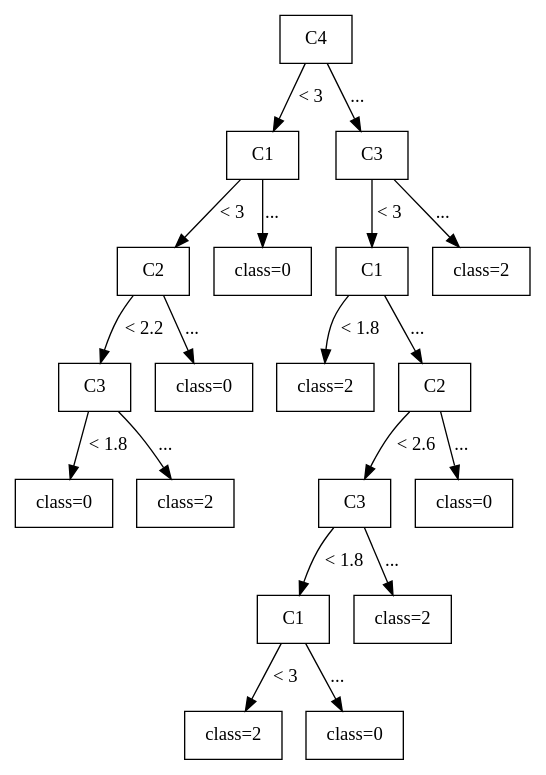
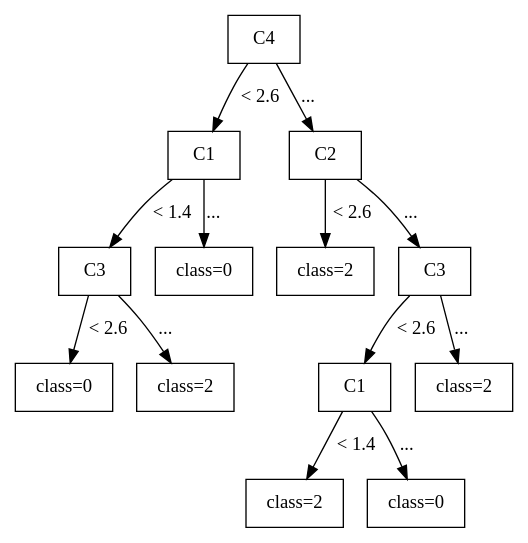
Before and after one commit to TakuyaMitarai/NSSESAT_Visualizer: the diagram in NSSESAT_backend/new_tree.dot, drawn with Graphviz. The commit also changed 5 other files, not shown here.

```diff
--- a/NSSESAT_backend/new_tree.dot
+++ b/NSSESAT_backend/new_tree.dot
@@ -1,55 +1,39 @@
 digraph G {
 node [shape=box];
 node [style=filled, fillcolor=white];
 
 0 [label="C4"];
 
 1 [label="C1"];
+6 [label="C2"];
+
+0 -> 1 [label="< 2.6"];
+0 -> 6 [label="..."];
+
+2 [label="C3"];
+5 [label="class=0"];
+7 [label="class=2"];
 8 [label="C3"];
 
-0 -> 1 [label="< 3"];
-0 -> 8 [label="..."];
+1 -> 2 [label="< 1.4"];
+1 -> 5 [label="..."];
+6 -> 7 [label="< 2.6"];
+6 -> 8 [label="..."];
 
-2 [label="C2"];
-7 [label="class=0"];
+3 [label="class=0"];
+4 [label="class=2"];
 9 [label="C1"];
-18 [label="class=2"];
+12 [label="class=2"];
 
-1 -> 2 [label="< 3"];
-1 -> 7 [label="..."];
-8 -> 9 [label="< 3"];
-8 -> 18 [label="..."];
+2 -> 3 [label="< 2.6"];
+2 -> 4 [label="..."];
+8 -> 9 [label="< 2.6"];
+8 -> 12 [label="..."];
 
-3 [label="C3"];
-6 [label="class=0"];
 10 [label="class=2"];
-11 [label="C2"];
+11 [label="class=0"];
 
-2 -> 3 [label="< 2.2"];
-2 -> 6 [label="..."];
-9 -> 10 [label="< 1.8"];
+9 -> 10 [label="< 1.4"];
 9 -> 11 [label="..."];
 
-4 [label="class=0"];
-5 [label="class=2"];
-12 [label="C3"];
-17 [label="class=0"];
-
-3 -> 4 [label="< 1.8"];
-3 -> 5 [label="..."];
-11 -> 12 [label="< 2.6"];
-11 -> 17 [label="..."];
-
-13 [label="C1"];
-16 [label="class=2"];
-
-12 -> 13 [label="< 1.8"];
-12 -> 16 [label="..."];
-
-14 [label="class=2"];
-15 [label="class=0"];
-
-13 -> 14 [label="< 3"];
-13 -> 15 [label="..."];
-
 }
```
